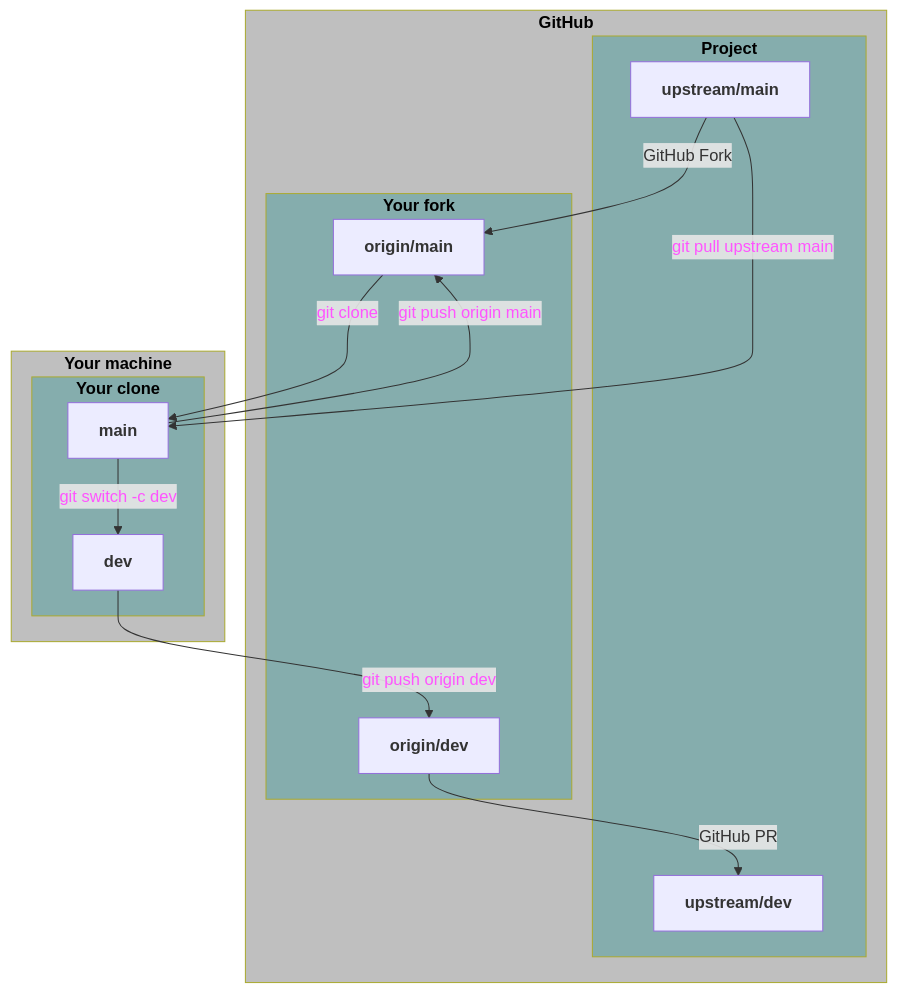
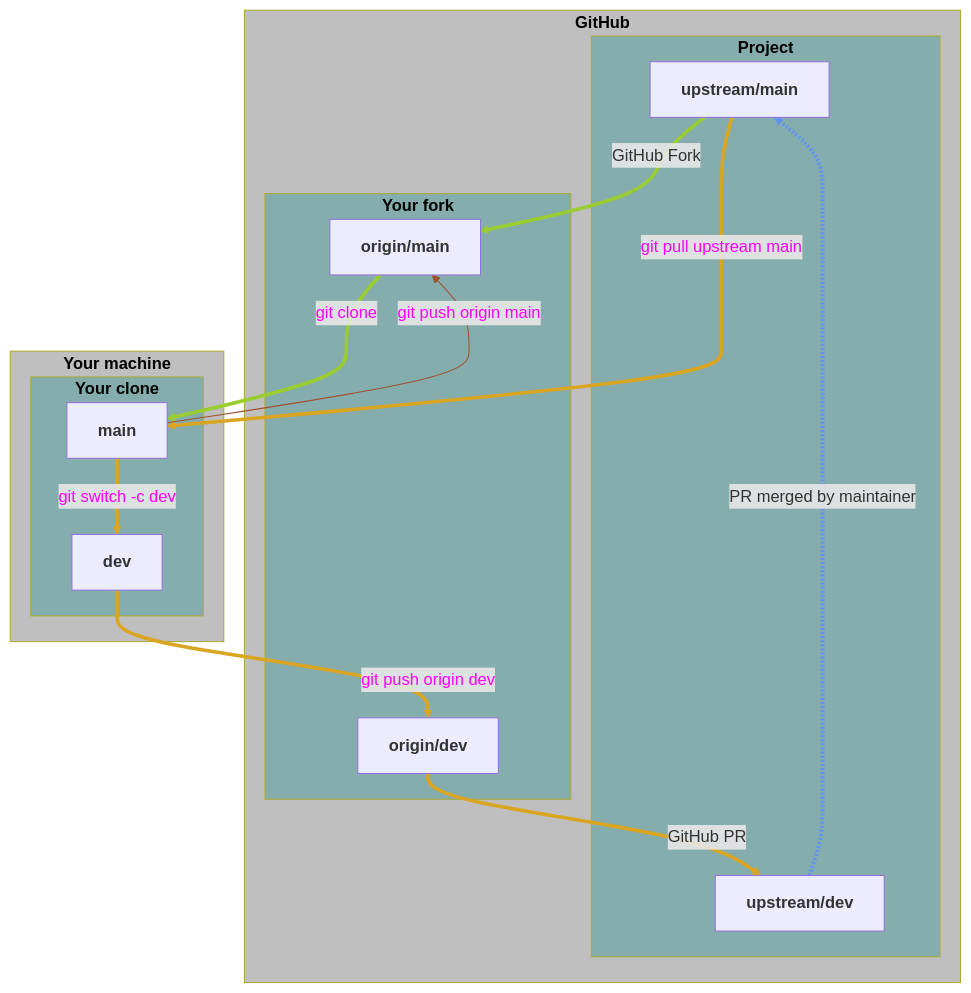
The first of 2 diagrams in git/col_pr.qmd (WestDRI/arc-training), drawn with Mermaid before and after one commit. The commit also changed other lines of this file, not shown here.

Commit message:
add legend to PR diagram + add colours to arrows and other improvements

````diff
--- a/git/col_pr.qmd
+++ b/git/col_pr.qmd
@@ -48,36 +48,46 @@
 ```{mermaid}
 %%| echo: false
-%%| fig-cap: The pull request workflow&nbsp;
 flowchart TD
   subgraph gh["<b>GitHub</b>"]
     subgraph project["<b>Project</b>"]
       upstream/main["<b>upstream/main</b>"]
       upstream/dev["<b>upstream/dev</b>"]
     end
     subgraph fork["<b>Your fork</b>"]
       origin/main["<b>origin/main</b>"]
       origin/dev["<b>origin/dev</b>"]
     end
   end
   subgraph local["<b>Your machine</b>"]
     subgraph clone["<b>Your clone</b>"]
       main["<b>main</b>"]
       dev["<b>dev</b>"]
     end
   end
 
   classDef location fill:#bfbfbf, color:#000;
   class gh location;
   class local location;
   classDef repo fill:#85adad, color:#000;
   class project repo;
   class fork repo;
   class clone repo;
-  upstream/main -- GitHub Fork -->  origin/main
-  origin/main -- <font color="#ff54ff"; background-color="#000">git clone</font> --> main
-  upstream/main -- <font color="#ff54ff" background-color="#000">git pull upstream main</font> --> main
-  main -- <font color="#ff54ff" background-color="#000">git push origin main</font> --> origin/main
-  main -- <font color="#ff54ff" background-color="#000">git switch -c dev</font> --> dev
-  dev -- <font color="#ff54ff" background-color="#000">git push origin dev</font> --> origin/dev
-  origin/dev -- GitHub PR --> upstream/dev
+
+  upstream/main == GitHub Fork ==>  origin/main
+  origin/main == git clone ==> main
+  upstream/main == git pull upstream main ==> main
+  main -- git push origin main --> origin/main
+  main == git switch -c dev ==> dev
+  dev == git push origin dev ==> origin/dev
+  origin/dev == GitHub PR ==> upstream/dev
+  upstream/dev -. PR merged by maintainer .-> upstream/main
+
+  linkStyle 0 stroke:YellowGreen;
+  linkStyle 1 stroke:YellowGreen, color:magenta;
+  linkStyle 2 stroke:goldenrod, color:magenta;
+  linkStyle 3 stroke:sienna, color:magenta;
+  linkStyle 4 stroke:goldenrod, color:magenta;
+  linkStyle 5 stroke:goldenrod, color:magenta;
+  linkStyle 6 stroke:goldenrod;
+  linkStyle 7 stroke:CornflowerBlue, stroke-width:4px;
 ```
````
